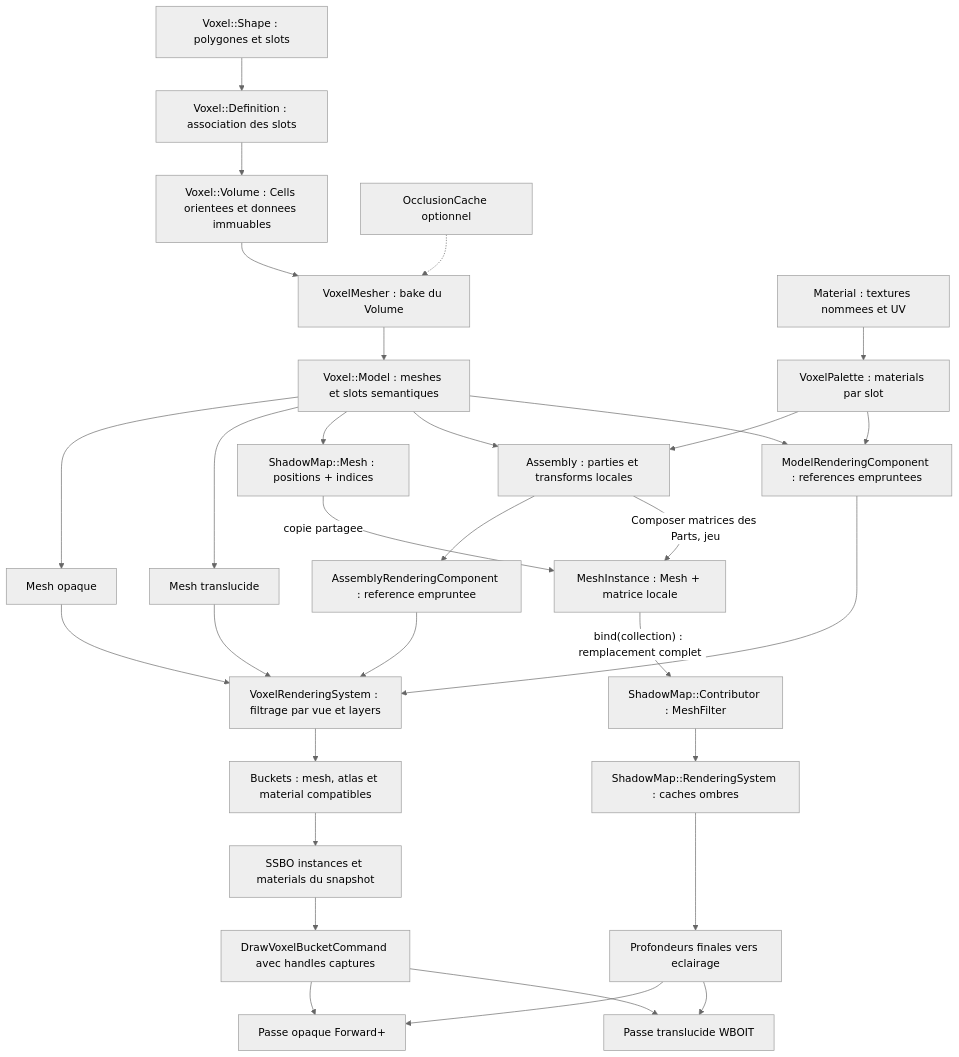
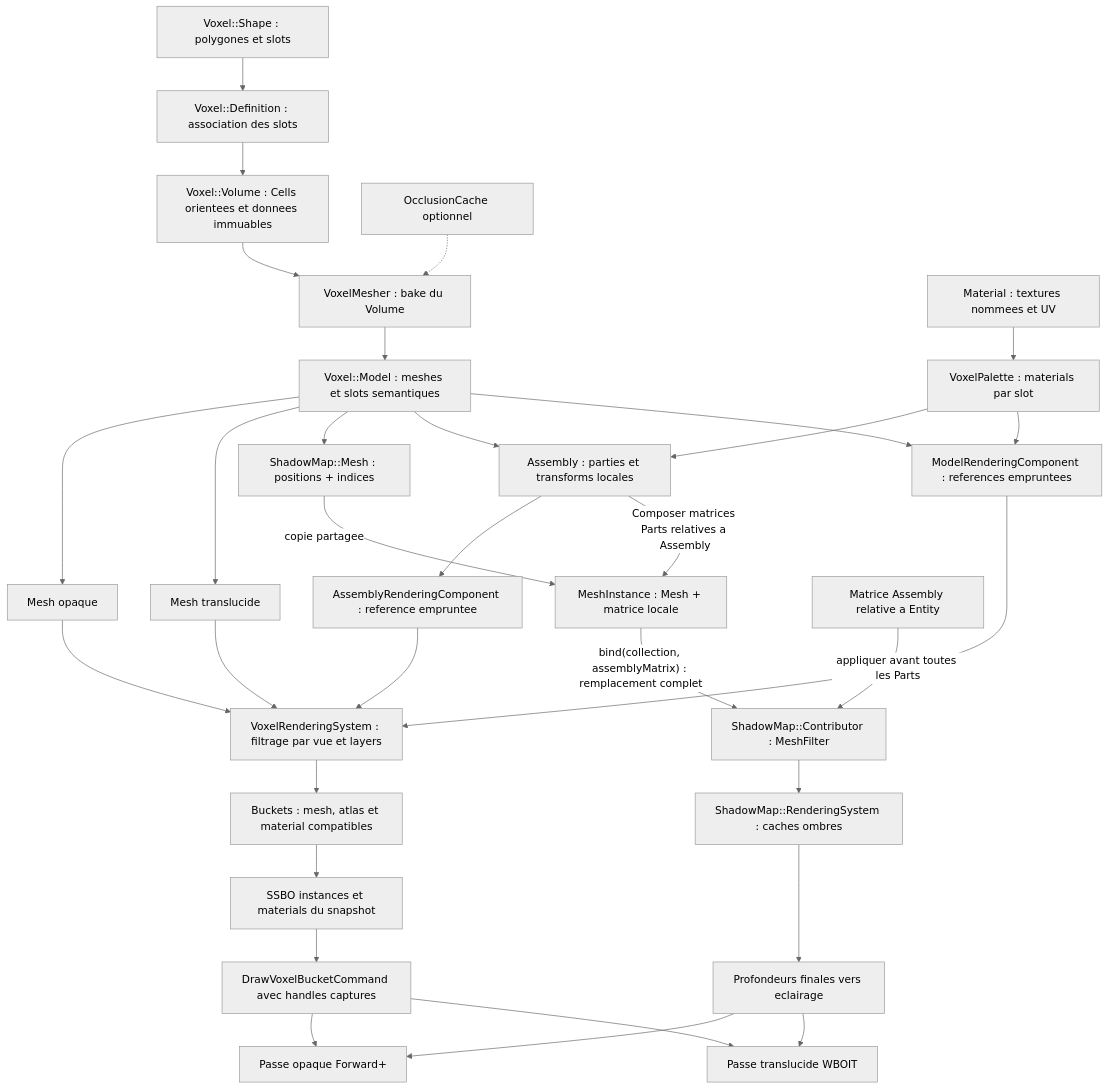
Diagram 21 of 23 in docs/voxel-engine-v0.1.4-specification.md (EreliaStudio/Sparkle), drawn with Mermaid (neutral theme) before and after one commit. The commit also changed other lines of this file, not shown here.

Commit message:
docs(v0.1.4): update A1 Assembly-wide transform diagrams, snapshot sequence and tests

````diff
--- a/docs/voxel-engine-v0.1.4-specification.md
+++ b/docs/voxel-engine-v0.1.4-specification.md
@@ -1482,33 +1484,34 @@
 ```mermaid
 flowchart TD
     Shape["Voxel::Shape : polygones et slots"] --> Definition["Voxel::Definition : association des slots"]
     Definition --> Volume["Voxel::Volume : Cells orientees et donnees immuables"]
     Volume --> Mesher["VoxelMesher : bake du Volume"]
     Occlusion["OcclusionCache optionnel"] -.-> Mesher
     Mesher --> Model["Voxel::Model : meshes et slots semantiques"]
     Model --> Opaque["Mesh opaque"]
     Model --> Translucent["Mesh translucide"]
     Model --> ShadowDepth["ShadowMap::Mesh : positions + indices"]
     Material["Material : textures nommees et UV"] --> Palette["VoxelPalette : materials par slot"]
     Model --> Assembly["Assembly : parties et transforms locales"]
     Palette --> Assembly
     Model --> ModelComp["ModelRenderingComponent : references empruntees"]
     Palette --> ModelComp
     Assembly --> AssemblyComp["AssemblyRenderingComponent : reference empruntee"]
     ModelComp --> VR["VoxelRenderingSystem : filtrage par vue et layers"]
     AssemblyComp --> VR
     Opaque --> VR
     Translucent --> VR
     VR --> Buckets["Buckets : mesh, atlas et material compatibles"]
     Buckets --> SSBO["SSBO instances et materials du snapshot"]
     SSBO --> Draw["DrawVoxelBucketCommand avec handles captures"]
     Draw --> Forward["Passe opaque Forward+"]
     Draw --> WBOIT["Passe translucide WBOIT"]
     ShadowDepth -->|"copie partagee"| MeshPart["MeshInstance : Mesh + matrice locale"]
-    Assembly -->|"Composer matrices des Parts, jeu"| MeshPart
-    MeshPart -->|"bind(collection) : remplacement complet"| Caster["ShadowMap::Contributor : MeshFilter"]
+    Assembly -->|"Composer matrices Parts relatives a Assembly"| MeshPart
+    AssemblyMatrix["Matrice Assembly relative a Entity"] -->|"appliquer avant toutes les Parts"| Caster["ShadowMap::Contributor : MeshFilter"]
+    MeshPart -->|"bind(collection, assemblyMatrix) : remplacement complet"| Caster
     Caster --> Shadow["ShadowMap::RenderingSystem : caches ombres"]
     Shadow --> Light["Profondeurs finales vers eclairage"]
     Light --> Forward
     Light --> WBOIT
 ```
````
